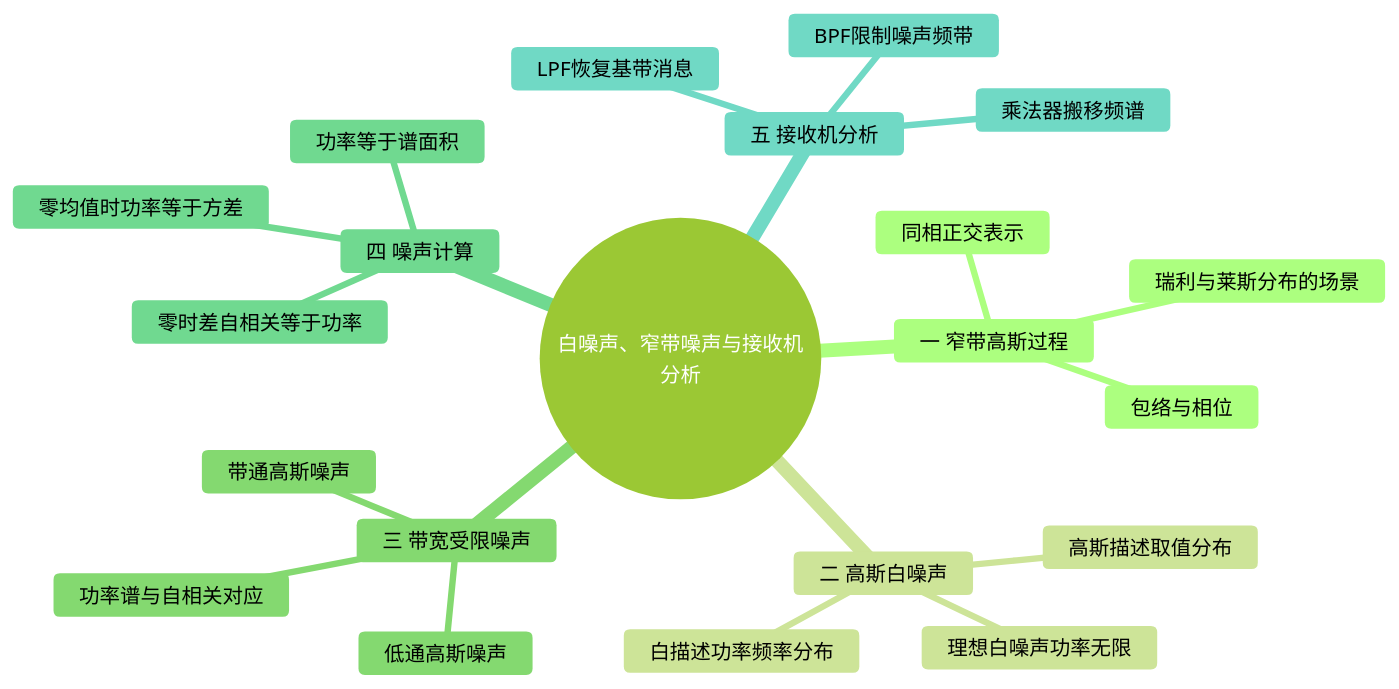
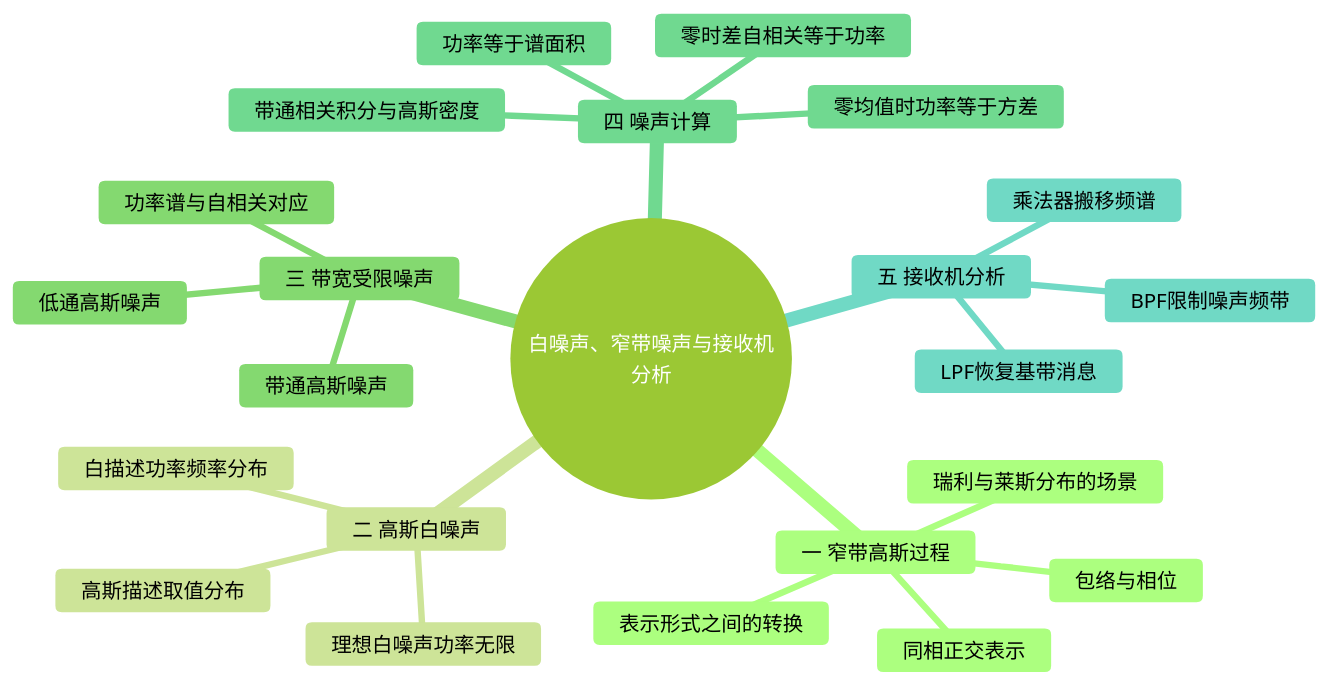
Before and after one commit to 3280441136-lab/My_Obsidian_Notes: the diagram in 学习/学校课程/通信原理（3学分）/第2章 07 第7课 白噪声、窄带噪声与接收机分析.md, drawn with Mermaid (forest theme). The commit also changed other lines of this file and 177 other files, not shown here.

````diff
--- a/学习/学校课程/通信原理（3学分）/第2章 07 第7课 白噪声、窄带噪声与接收机分析.md
+++ b/学习/学校课程/通信原理（3学分）/第2章 07 第7课 白噪声、窄带噪声与接收机分析.md
@@ -5,24 +5,26 @@
 ```mermaid
 mindmap
   root((白噪声、窄带噪声与接收机分析))
     一 窄带高斯过程
       同相正交表示
       包络与相位
+      表示形式之间的转换
       瑞利与莱斯分布的场景
     二 高斯白噪声
       高斯描述取值分布
       白描述功率频率分布
       理想白噪声功率无限
     三 带宽受限噪声
       低通高斯噪声
       带通高斯噪声
       功率谱与自相关对应
     四 噪声计算
       功率等于谱面积
       零均值时功率等于方差
       零时差自相关等于功率
+      带通相关积分与高斯密度
     五 接收机分析
       BPF限制噪声频带
       乘法器搬移频谱
       LPF恢复基带消息
 ```
````
